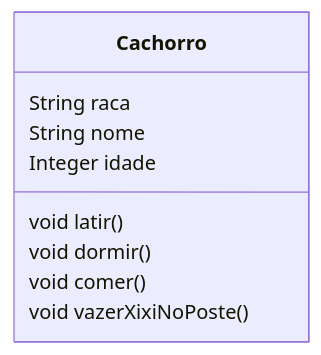
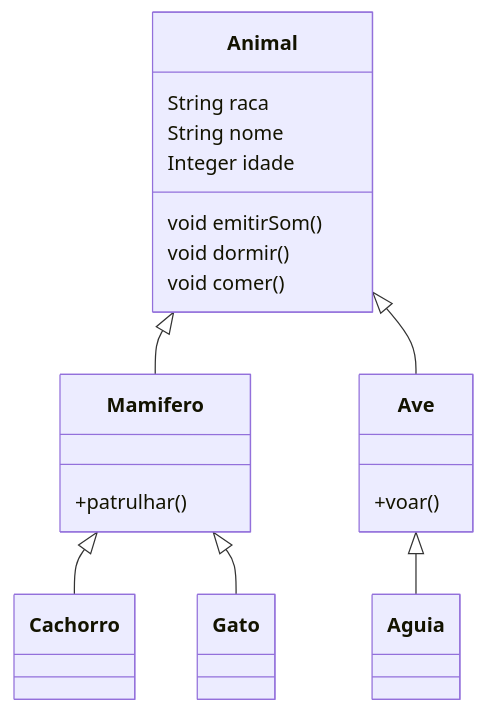
Before and after one commit to e024Dev/ProgramacaoOrientadaObjetos: the diagram in README.md, drawn with Mermaid. The commit also changed 5 other files, not shown here.

````diff
--- a/README.md
+++ b/README.md
@@ -25,15 +25,30 @@
 ```mermaid
 classDiagram
-    
-    class Cachorro {
+
+    class Animal {
         String raca
         String nome
         Integer idade
-        
-        void latir()
+
+        void emitirSom()
         void dormir()
         void comer()
-        void vazerXixiNoPoste()
-        
     }
+
+    class Aguia { }
+    class Cachorro { }
+    class Gato { }
+    class Mamifero { 
+        +patrulhar()
+    }
+    class Ave {
+        +voar()
+    }
+    
+    
+    Animal <|-- Mamifero
+    Animal <|-- Ave
+    Mamifero <|-- Cachorro
+    Mamifero <|-- Gato
+    Ave <|-- Aguia
 ```
````
